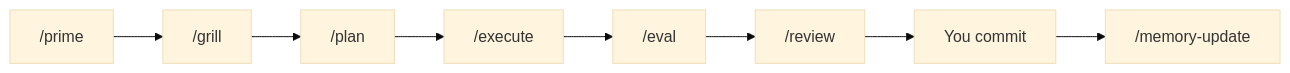
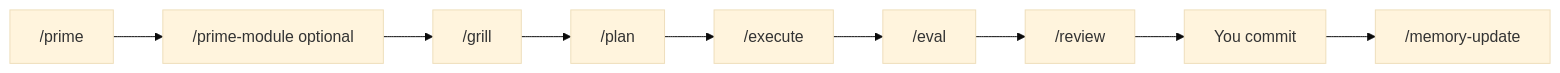
Before and after one commit to DevYunus/Cursor-AI-workflow: the diagram in README.md, drawn with Mermaid (base theme). The commit also changed other lines of this file and 27 other files, not shown here.

Commit message:
feat: Introduce /prime-module skill and enhance sample app for contact form workflow

````diff
--- a/README.md
+++ b/README.md
@@ -139,10 +142,11 @@
 ```mermaid
 flowchart LR
-  A["/prime"] --> B["/grill"]
+  A["/prime"] --> A2["/prime-module optional"]
+  A2 --> B["/grill"]
   B --> C["/plan"]
   C --> D["/execute"]
   D --> E["/eval"]
   E --> F["/review"]
   F --> G["You commit"]
   G --> H["/memory-update"]
 ```
````
